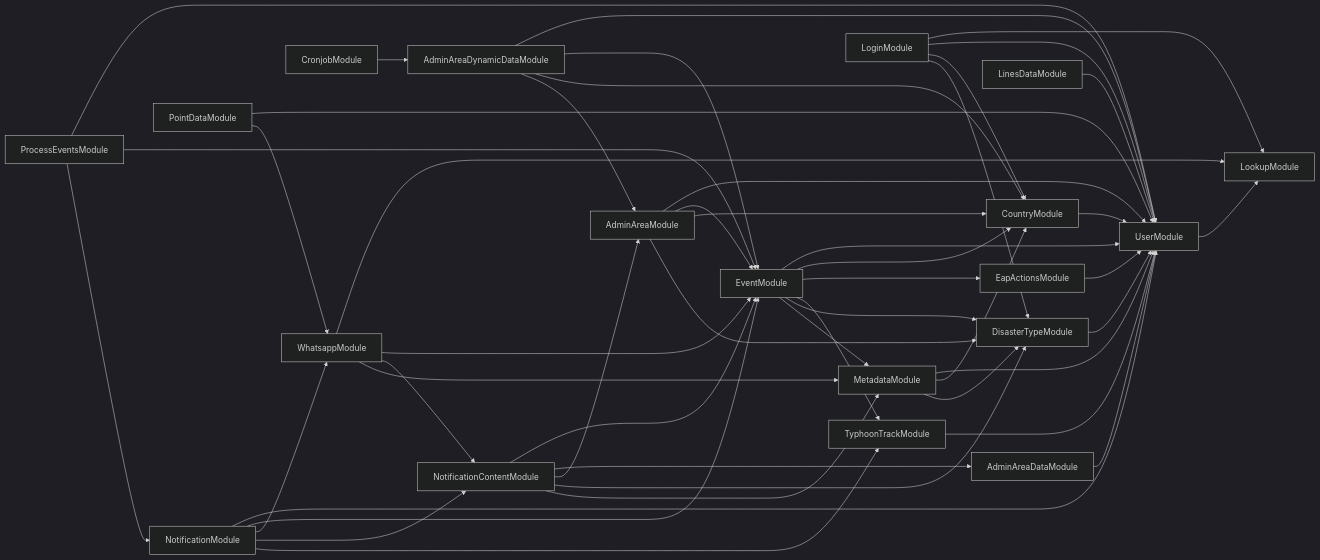
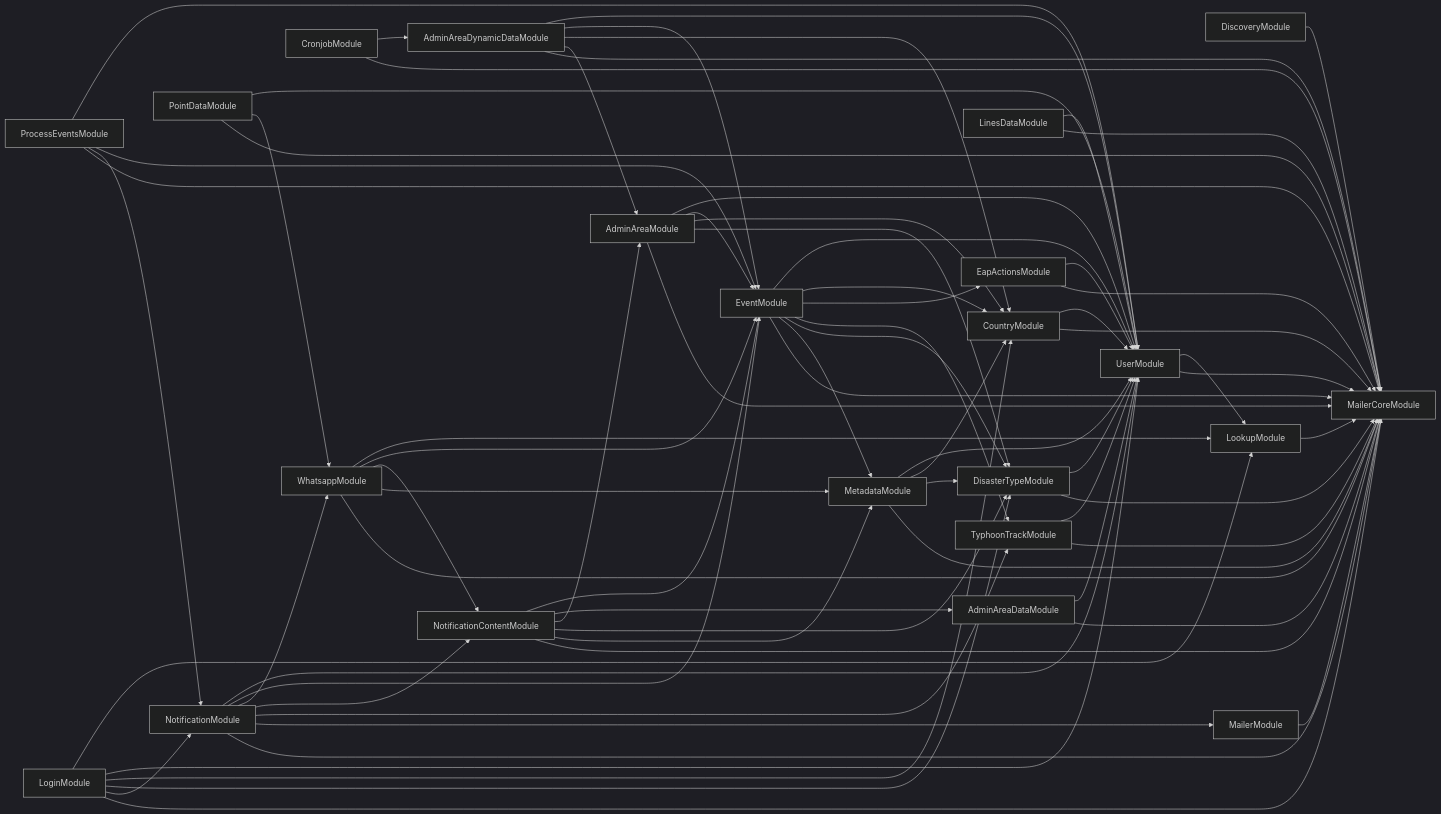
The diagram in services/API-service/module-dependencies.md (rodekruis/IBF-system), drawn with Mermaid (dark theme) before and after one commit. The commit also changed 13 other files, not shown here.

````diff
--- a/services/API-service/module-dependencies.md
+++ b/services/API-service/module-dependencies.md
@@ -3,51 +3,74 @@
 ```mermaid
 graph LR
+  DiscoveryModule-->MailerCoreModule
   EapActionsModule-->UserModule
   UserModule-->LookupModule
+  LookupModule-->MailerCoreModule
+  UserModule-->MailerCoreModule
+  EapActionsModule-->MailerCoreModule
   AdminAreaModule-->UserModule
   AdminAreaModule-->EventModule
   EventModule-->UserModule
   EventModule-->CountryModule
   CountryModule-->UserModule
+  CountryModule-->MailerCoreModule
   EventModule-->EapActionsModule
   EventModule-->TyphoonTrackModule
   TyphoonTrackModule-->UserModule
+  TyphoonTrackModule-->MailerCoreModule
   EventModule-->DisasterTypeModule
   DisasterTypeModule-->UserModule
+  DisasterTypeModule-->MailerCoreModule
   EventModule-->MetadataModule
   MetadataModule-->UserModule
   MetadataModule-->CountryModule
   MetadataModule-->DisasterTypeModule
+  MetadataModule-->MailerCoreModule
+  EventModule-->MailerCoreModule
   AdminAreaModule-->CountryModule
   AdminAreaModule-->DisasterTypeModule
+  AdminAreaModule-->MailerCoreModule
   AdminAreaDynamicDataModule-->UserModule
   AdminAreaDynamicDataModule-->EventModule
   AdminAreaDynamicDataModule-->CountryModule
   AdminAreaDynamicDataModule-->AdminAreaModule
+  AdminAreaDynamicDataModule-->MailerCoreModule
   ProcessEventsModule-->UserModule
   ProcessEventsModule-->EventModule
   ProcessEventsModule-->NotificationModule
   NotificationModule-->UserModule
   NotificationModule-->EventModule
   NotificationModule-->WhatsappModule
   WhatsappModule-->LookupModule
   WhatsappModule-->EventModule
   WhatsappModule-->NotificationContentModule
   NotificationContentModule-->EventModule
   NotificationContentModule-->AdminAreaDataModule
   AdminAreaDataModule-->UserModule
+  AdminAreaDataModule-->MailerCoreModule
   NotificationContentModule-->AdminAreaModule
   NotificationContentModule-->DisasterTypeModule
   NotificationContentModule-->MetadataModule
+  NotificationContentModule-->MailerCoreModule
   WhatsappModule-->MetadataModule
+  WhatsappModule-->MailerCoreModule
   NotificationModule-->NotificationContentModule
   NotificationModule-->TyphoonTrackModule
+  NotificationModule-->MailerModule
+  MailerModule-->MailerCoreModule
+  NotificationModule-->MailerCoreModule
+  ProcessEventsModule-->MailerCoreModule
   PointDataModule-->UserModule
   PointDataModule-->WhatsappModule
+  PointDataModule-->MailerCoreModule
   LinesDataModule-->UserModule
+  LinesDataModule-->MailerCoreModule
   CronjobModule-->AdminAreaDynamicDataModule
+  CronjobModule-->MailerCoreModule
   LoginModule-->LookupModule
   LoginModule-->UserModule
   LoginModule-->CountryModule
   LoginModule-->DisasterTypeModule
+  LoginModule-->NotificationModule
+  LoginModule-->MailerCoreModule
 ```
````
